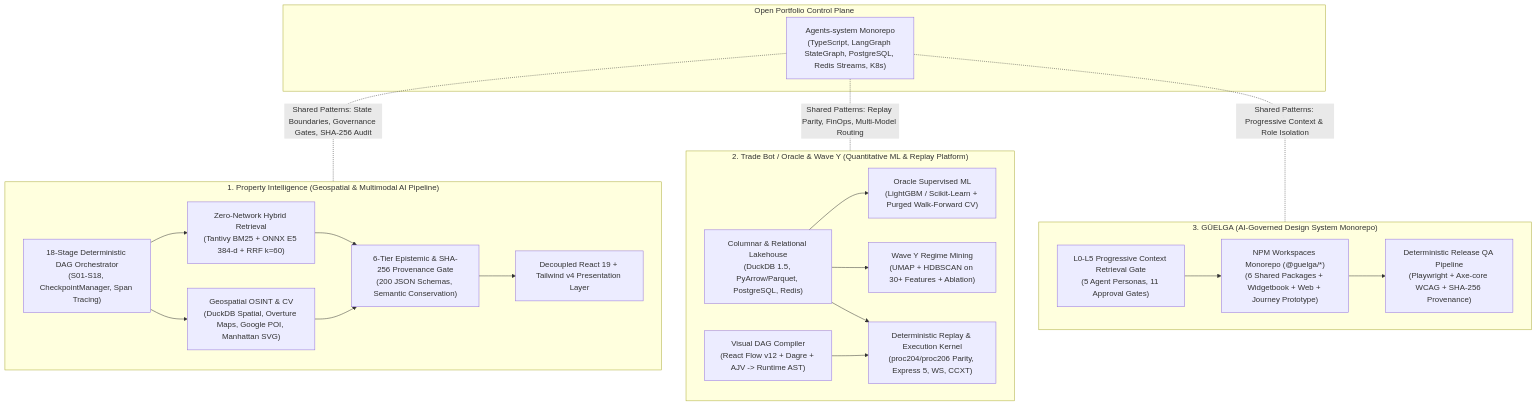
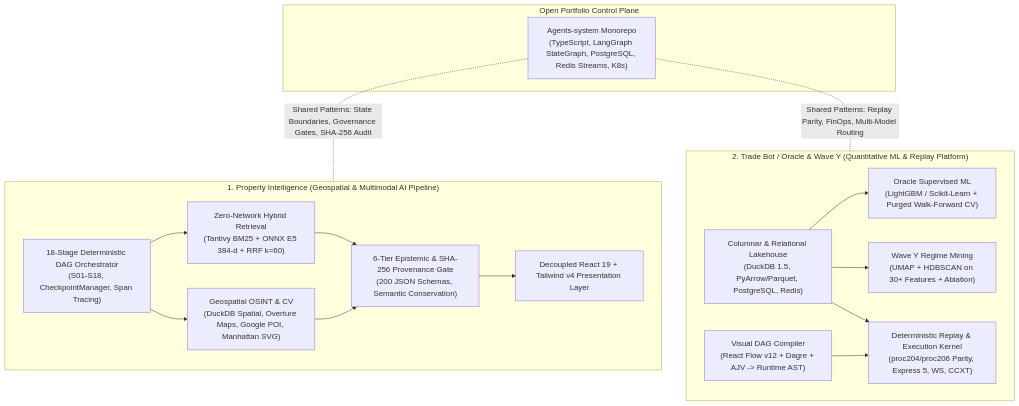
One commit to myasnikoviv/Architecture-showcase changed the diagram in README.md. Above: the diagram before and after it, drawn with Mermaid. The commit also changed other lines of this file and 48 other files, not shown here.

Commit message:
Redesign showcase to clean Daylight UI, drop Guelga, focus on visual diagrams and recruiter skill matcher

````diff
--- a/README.md
+++ b/README.md
@@ -12,37 +12,29 @@
 ```mermaid
 flowchart TB
     subgraph Open["Open Portfolio Control Plane"]
         AS["Agents-system Monorepo\n(TypeScript, LangGraph StateGraph, PostgreSQL, Redis Streams, K8s)"]
     end
 
     subgraph PI["1. Property Intelligence (Geospatial & Multimodal AI Pipeline)"]
         PI_DAG["18-Stage Deterministic DAG Orchestrator\n(S01-S18, CheckpointManager, Span Tracing)"]
         PI_RET["Zero-Network Hybrid Retrieval\n(Tantivy BM25 + ONNX E5 384-d + RRF k=60)"]
         PI_VAL["6-Tier Epistemic & SHA-256 Provenance Gate\n(200 JSON Schemas, Semantic Conservation)"]
         PI_GEO["Geospatial OSINT & CV\n(DuckDB Spatial, Overture Maps, Google POI, Manhattan SVG)"]
         PI_UI["Decoupled React 19 + Tailwind v4 Presentation Layer"]
         PI_DAG --> PI_RET & PI_GEO --> PI_VAL --> PI_UI
     end
 
     subgraph TB["2. Trade Bot / Oracle & Wave Y (Quantitative ML & Replay Platform)"]
         TB_DATA["Columnar & Relational Lakehouse\n(DuckDB 1.5, PyArrow/Parquet, PostgreSQL, Redis)"]
         TB_ML["Oracle Supervised ML\n(LightGBM / Scikit-Learn + Purged Walk-Forward CV)"]
         TB_WY["Wave Y Regime Mining\n(UMAP + HDBSCAN on 30+ Features + Ablation)"]
         TB_CMP["Visual DAG Compiler\n(React Flow v12 + Dagre + AJV -> Runtime AST)"]
         TB_EXE["Deterministic Replay & Execution Kernel\n(proc204/proc206 Parity, Express 5, WS, CCXT)"]
         TB_DATA --> TB_ML & TB_WY
         TB_CMP --> TB_EXE
         TB_DATA --> TB_EXE
     end
 
-    subgraph GU["3. GÜELGA (AI-Governed Design System Monorepo)"]
-        GU_GATE["L0-L5 Progressive Context Retrieval Gate\n(5 Agent Personas, 11 Approval Gates)"]
-        GU_MONO["NPM Workspaces Monorepo (@guelga/*)\n(6 Shared Packages + Widgetbook + Web + Journey Prototype)"]
-        GU_QA["Deterministic Release QA Pipeline\n(Playwright + Axe-core WCAG + SHA-256 Provenance)"]
-        GU_GATE --> GU_MONO --> GU_QA
-    end
-
     AS -. "Shared Patterns: State Boundaries, Governance Gates, SHA-256 Audit" .- PI
     AS -. "Shared Patterns: Replay Parity, FinOps, Multi-Model Routing" .- TB
-    AS -. "Shared Patterns: Progressive Context & Role Isolation" .- GU
 ```
````
